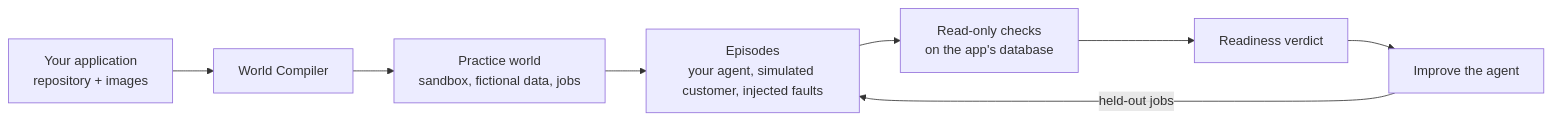
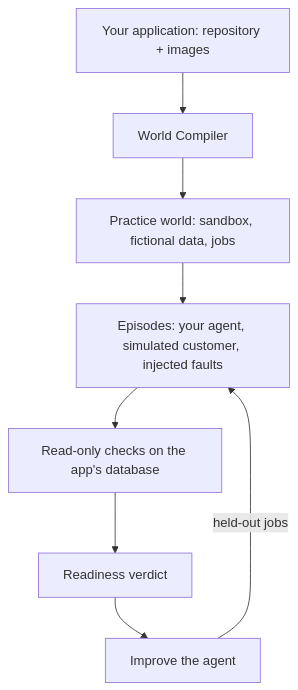
Before and after one commit to MitudruDutta/rehearsal: the diagram in README.md, drawn with Mermaid.

Commit message:
README: draw the how-it-works diagram top to bottom so it fits GitHub's width
Entire-Checkpoint: 01M4QHNYYXWYJX1343E59BZN3T

````diff
--- a/README.md
+++ b/README.md
@@ -45,10 +45,10 @@
 ```mermaid
-flowchart LR
-    A["Your application<br/>repository + images"] --> B["World Compiler"]
-    B --> C["Practice world<br/>sandbox, fictional data, jobs"]
-    C --> D["Episodes<br/>your agent, simulated customer, injected faults"]
-    D --> E["Read-only checks<br/>on the app's database"]
+flowchart TD
+    A["Your application: repository + images"] --> B["World Compiler"]
+    B --> C["Practice world: sandbox, fictional data, jobs"]
+    C --> D["Episodes: your agent, simulated customer, injected faults"]
+    D --> E["Read-only checks on the app's database"]
     E --> F["Readiness verdict"]
     F --> G["Improve the agent"]
     G -->|"held-out jobs"| D
 ```
````
